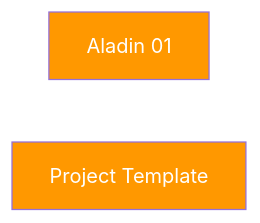
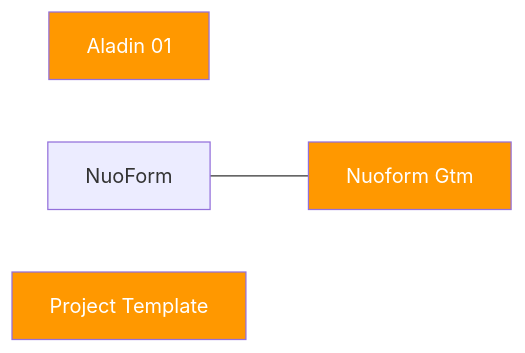
One commit to Katty-Fashion/kf-cpto changed the diagram in docs/dependency-graph.md. Above: the diagram before and after it, drawn with Mermaid. The commit also changed other lines of this file and 5 other files, not shown here.

````diff
--- a/docs/dependency-graph.md
+++ b/docs/dependency-graph.md
@@ -10,9 +10,10 @@
 ```mermaid
 graph LR
     Aladin-01[Aladin 01]:::internal
+    NuoForm---GTM[Nuoform   Gtm]:::internal
     project-template[Project Template]:::internal
 
     classDef saas fill:#4CAF50,color:#fff
     classDef eu fill:#2196F3,color:#fff
     classDef internal fill:#FF9800,color:#fff
 ```
````
